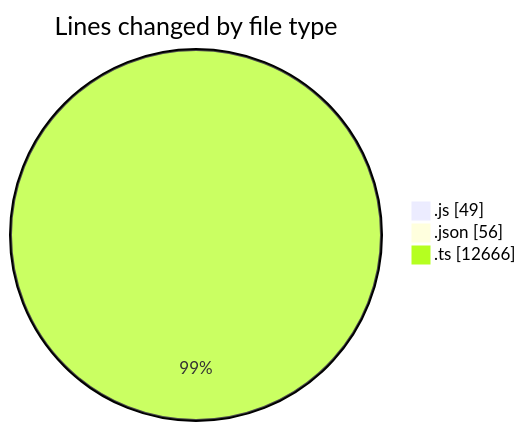
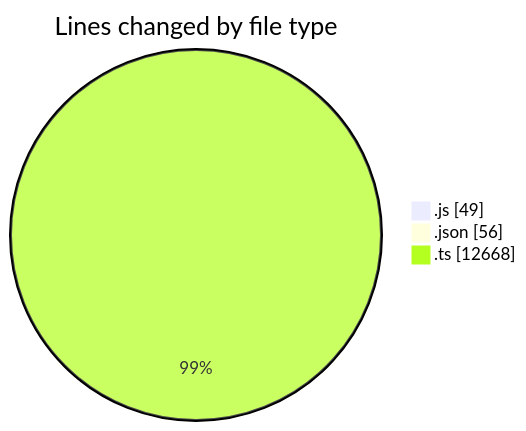
Before and after one commit to momahboobian/code-tracking: the first of 2 diagrams in 2025-09-04/cda/README.md, drawn with Mermaid. The commit also changed other lines of this file and 1 other file, not shown here.

````diff
--- a/2025-09-04/cda/README.md
+++ b/2025-09-04/cda/README.md
@@ -27,7 +27,7 @@
 ```mermaid
 pie showData
 title Lines changed by file type
 ".js" : 49
 ".json" : 56
-".ts" : 12666
+".ts" : 12668
 ```
````
